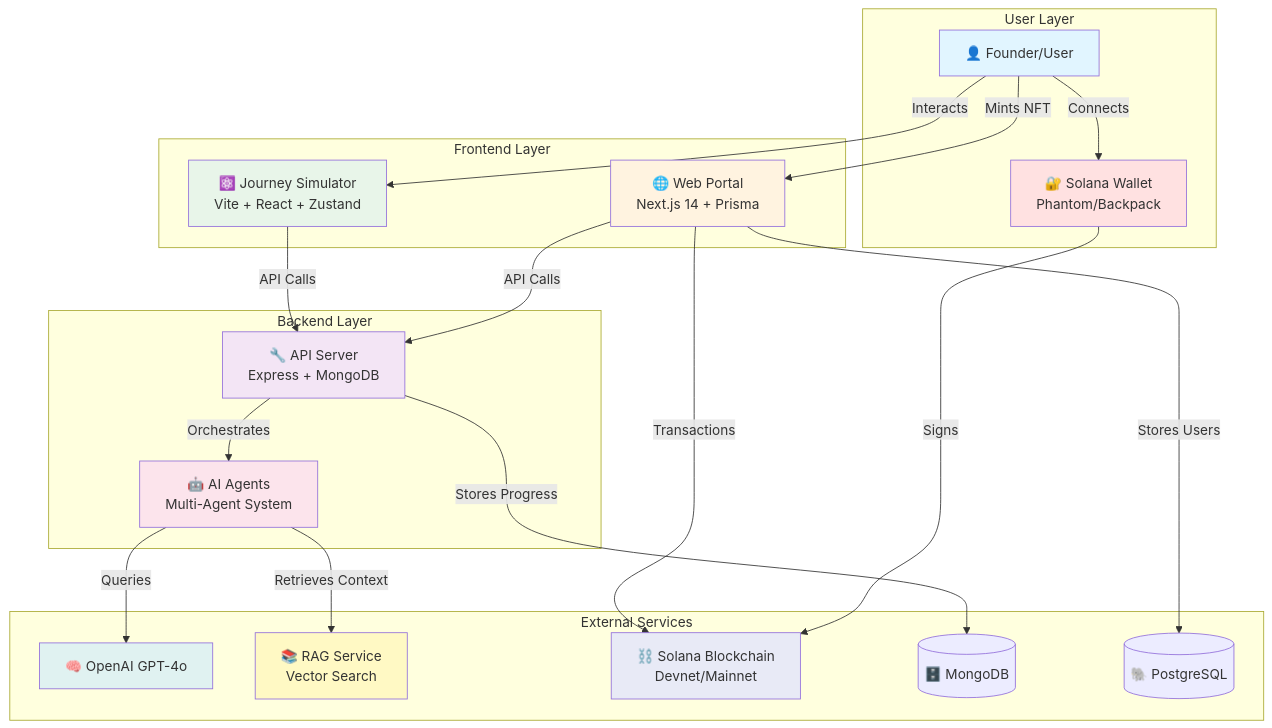
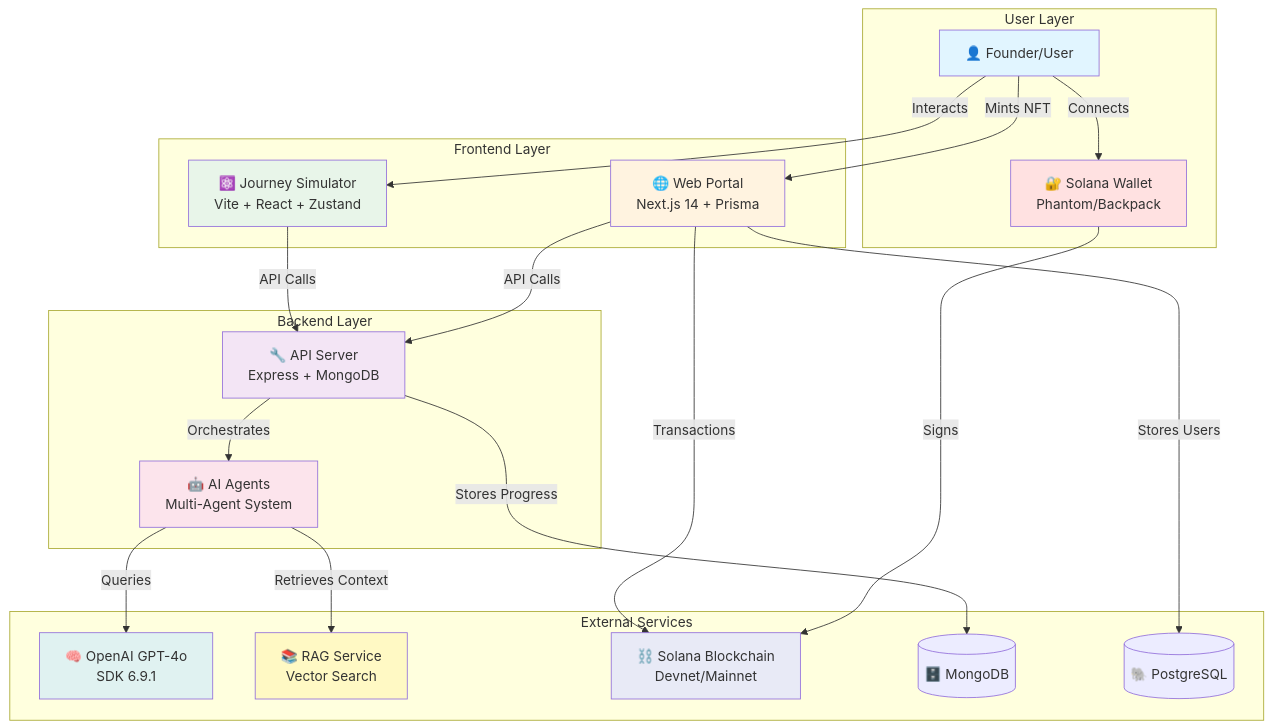
The first of 5 diagrams in docs/ARCHITECTURE.md (cyranoaladin/journey-simulator), drawn with Mermaid before and after one commit. The commit also changed other lines of this file and 302 other files, not shown here.

````diff
--- a/docs/ARCHITECTURE.md
+++ b/docs/ARCHITECTURE.md
@@ -7,51 +7,51 @@
 ```mermaid
 graph TB
     subgraph "User Layer"
         USER[👤 Founder/User]
         WALLET[🔐 Solana Wallet<br/>Phantom/Backpack]
     end
 
     subgraph "Frontend Layer"
         JOURNEY[⚛️ Journey Simulator<br/>Vite + React + Zustand]
         WEB[🌐 Web Portal<br/>Next.js 14 + Prisma]
     end
 
     subgraph "Backend Layer"
         API[🔧 API Server<br/>Express + MongoDB]
         AGENTS[🤖 AI Agents<br/>Multi-Agent System]
     end
 
     subgraph "External Services"
-        LLM[🧠 OpenAI GPT-4o]
+        LLM[🧠 OpenAI GPT-4o<br/>SDK 6.9.1]
         RAG[📚 RAG Service<br/>Vector Search]
         SOLANA[⛓️ Solana Blockchain<br/>Devnet/Mainnet]
         DB[(🗄️ MongoDB)]
         POSTGRES[(🐘 PostgreSQL)]
     end
 
     USER -->|Connects| WALLET
     USER -->|Interacts| JOURNEY
     USER -->|Mints NFT| WEB
-    
+
     JOURNEY -->|API Calls| API
     WEB -->|API Calls| API
     WEB -->|Transactions| SOLANA
     WALLET -->|Signs| SOLANA
-    
+
     API -->|Stores Progress| DB
     API -->|Orchestrates| AGENTS
     WEB -->|Stores Users| POSTGRES
-    
+
     AGENTS -->|Queries| LLM
     AGENTS -->|Retrieves Context| RAG
-    
+
     style USER fill:#e1f5ff
     style WALLET fill:#ffe1e1
     style JOURNEY fill:#e8f5e9
     style WEB fill:#fff3e0
     style API fill:#f3e5f5
     style AGENTS fill:#fce4ec
     style LLM fill:#e0f2f1
     style RAG fill:#fff9c4
     style SOLANA fill:#e8eaf6
 ```
````
